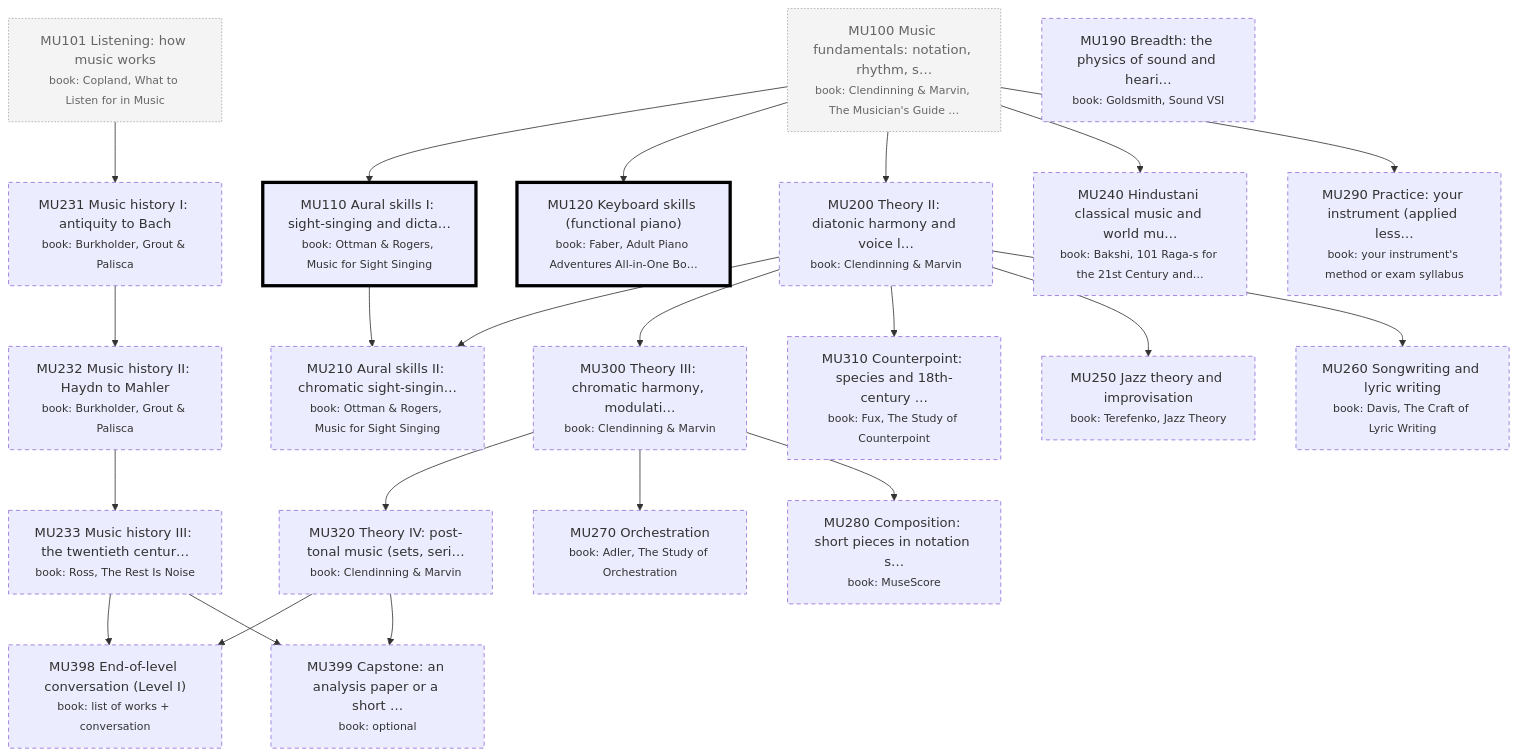
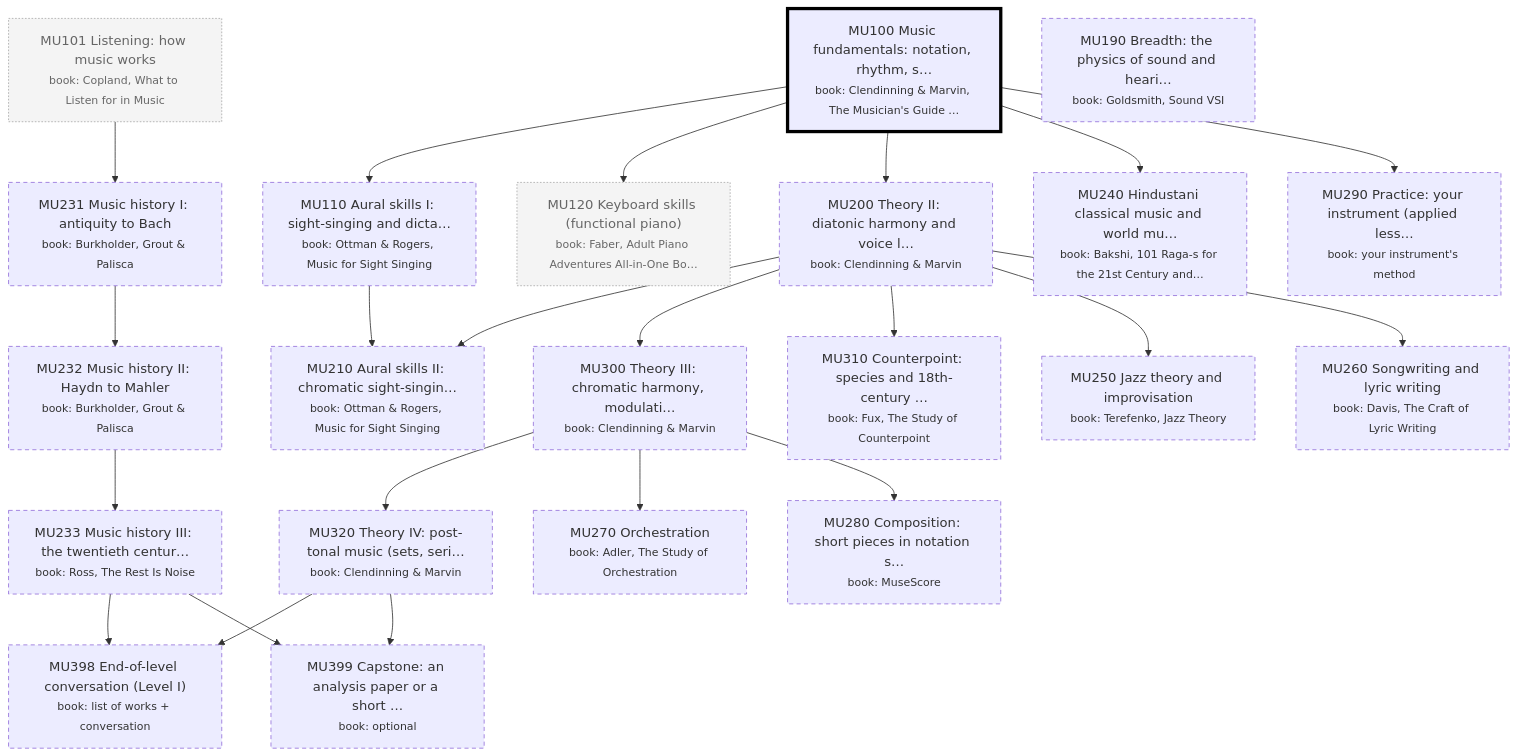
One commit to rahulsanjay18/learning changed the diagram in topics/music/DAG.md. Above: the diagram before and after it, drawn with Mermaid. The commit also changed other lines of this file and 8 other files, not shown here.

````diff
--- a/topics/music/DAG.md
+++ b/topics/music/DAG.md
@@ -7,72 +7,72 @@
 ```mermaid
 flowchart TB
   MU100["MU100 Music fundamentals: notation, rhythm, s…<br/><small>book: Clendinning & Marvin, The Musician's Guide …</small>"]
   MU101["MU101 Listening: how music works<br/><small>book: Copland, What to Listen for in Music</small>"]
   MU110["MU110 Aural skills I: sight-singing and dicta…<br/><small>book: Ottman & Rogers, Music for Sight Singing</small>"]
   MU120["MU120 Keyboard skills (functional piano)<br/><small>book: Faber, Adult Piano Adventures All-in-One Bo…</small>"]
   MU200["MU200 Theory II: diatonic harmony and voice l…<br/><small>book: Clendinning & Marvin</small>"]
   MU210["MU210 Aural skills II: chromatic sight-singin…<br/><small>book: Ottman & Rogers, Music for Sight Singing</small>"]
   MU300["MU300 Theory III: chromatic harmony, modulati…<br/><small>book: Clendinning & Marvin</small>"]
   MU310["MU310 Counterpoint: species and 18th-century …<br/><small>book: Fux, The Study of Counterpoint</small>"]
   MU320["MU320 Theory IV: post-tonal music (sets, seri…<br/><small>book: Clendinning & Marvin</small>"]
   MU231["MU231 Music history I: antiquity to Bach<br/><small>book: Burkholder, Grout & Palisca</small>"]
   MU232["MU232 Music history II: Haydn to Mahler<br/><small>book: Burkholder, Grout & Palisca</small>"]
   MU233["MU233 Music history III: the twentieth centur…<br/><small>book: Ross, The Rest Is Noise</small>"]
   MU240["MU240 Hindustani classical music and world mu…<br/><small>book: Bakshi, 101 Raga-s for the 21st Century and…</small>"]
   MU250["MU250 Jazz theory and improvisation<br/><small>book: Terefenko, Jazz Theory</small>"]
   MU260["MU260 Songwriting and lyric writing<br/><small>book: Davis, The Craft of Lyric Writing</small>"]
   MU270["MU270 Orchestration<br/><small>book: Adler, The Study of Orchestration</small>"]
   MU280["MU280 Composition: short pieces in notation s…<br/><small>book: MuseScore</small>"]
   MU190["MU190 Breadth: the physics of sound and heari…<br/><small>book: Goldsmith, Sound VSI</small>"]
-  MU290["MU290 Practice: your instrument (applied less…<br/><small>book: your instrument's method or exam syllabus</small>"]
+  MU290["MU290 Practice: your instrument (applied less…<br/><small>book: your instrument's method</small>"]
   MU398["MU398 End-of-level conversation (Level I)<br/><small>book: list of works + conversation</small>"]
   MU399["MU399 Capstone: an analysis paper or a short …<br/><small>book: optional</small>"]
   MU100 --> MU110
   MU100 --> MU120
   MU100 --> MU200
   MU110 --> MU210
   MU200 --> MU210
   MU200 --> MU300
   MU200 --> MU310
   MU300 --> MU320
   MU101 --> MU231
   MU231 --> MU232
   MU232 --> MU233
   MU100 --> MU240
   MU200 --> MU250
   MU200 --> MU260
   MU300 --> MU270
   MU300 --> MU280
   MU100 --> MU290
   MU320 --> MU398
   MU233 --> MU398
   MU320 --> MU399
   MU233 --> MU399
   classDef done fill:#eee,color:#777,stroke:#bbb
   classDef active stroke-width:3px
   classDef later stroke-dasharray:5 4
   classDef credited fill:#e8e8e8,color:#999,stroke:#ccc
   classDef maybe fill:#f4f4f4,color:#666,stroke:#aaa,stroke-dasharray:2 2
   classDef start stroke-width:4px,stroke:#000
-  class MU100 maybe
+  class MU100 start
   class MU101 maybe
-  class MU110 start
-  class MU120 start
+  class MU110 later
+  class MU120 maybe
   class MU200 later
   class MU210 later
   class MU300 later
   class MU310 later
   class MU320 later
   class MU231 later
   class MU232 later
   class MU233 later
   class MU240 later
   class MU250 later
   class MU260 later
   class MU270 later
   class MU280 later
   class MU190 later
   class MU290 later
   class MU398 later
   class MU399 later
 ```
````
